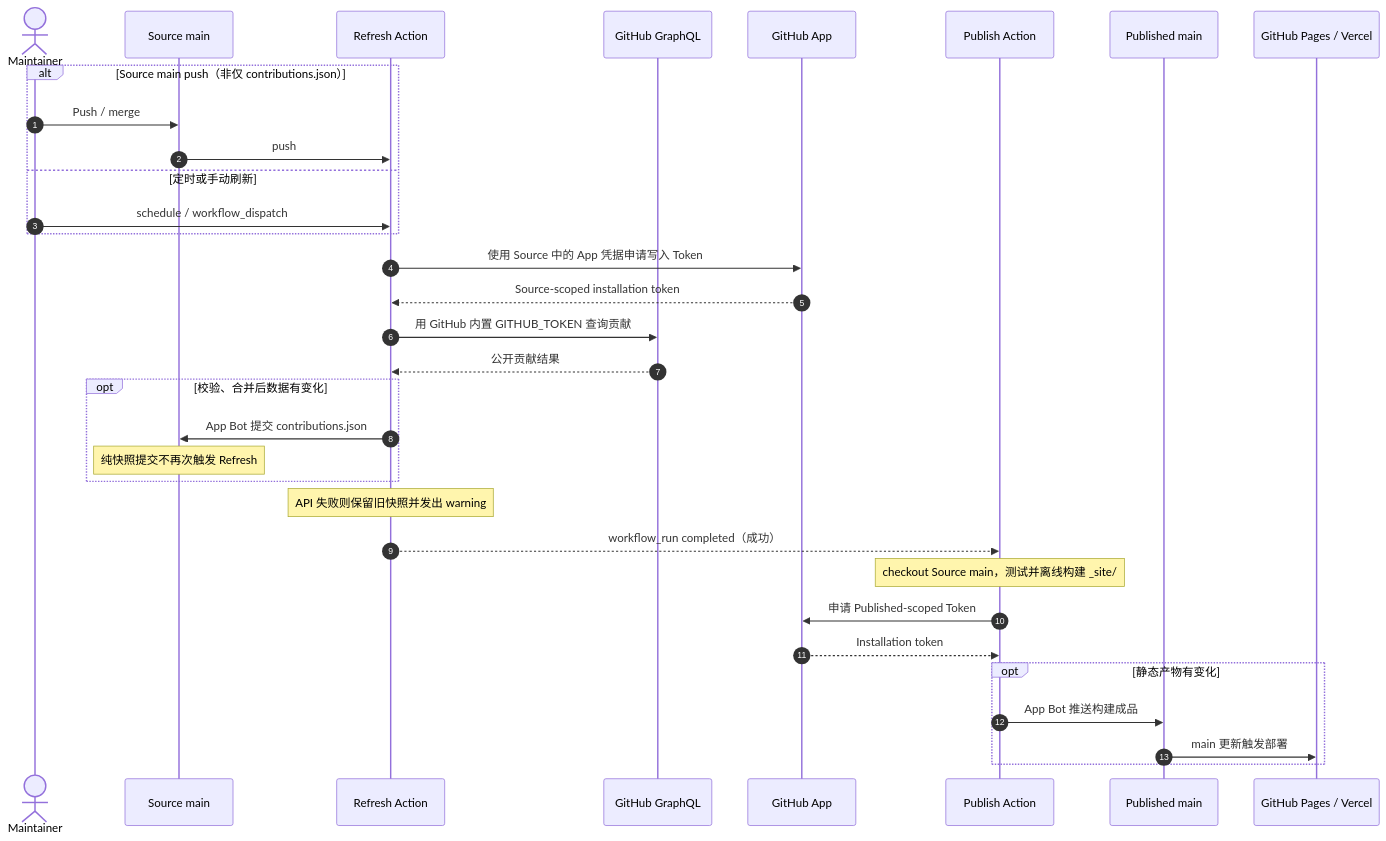
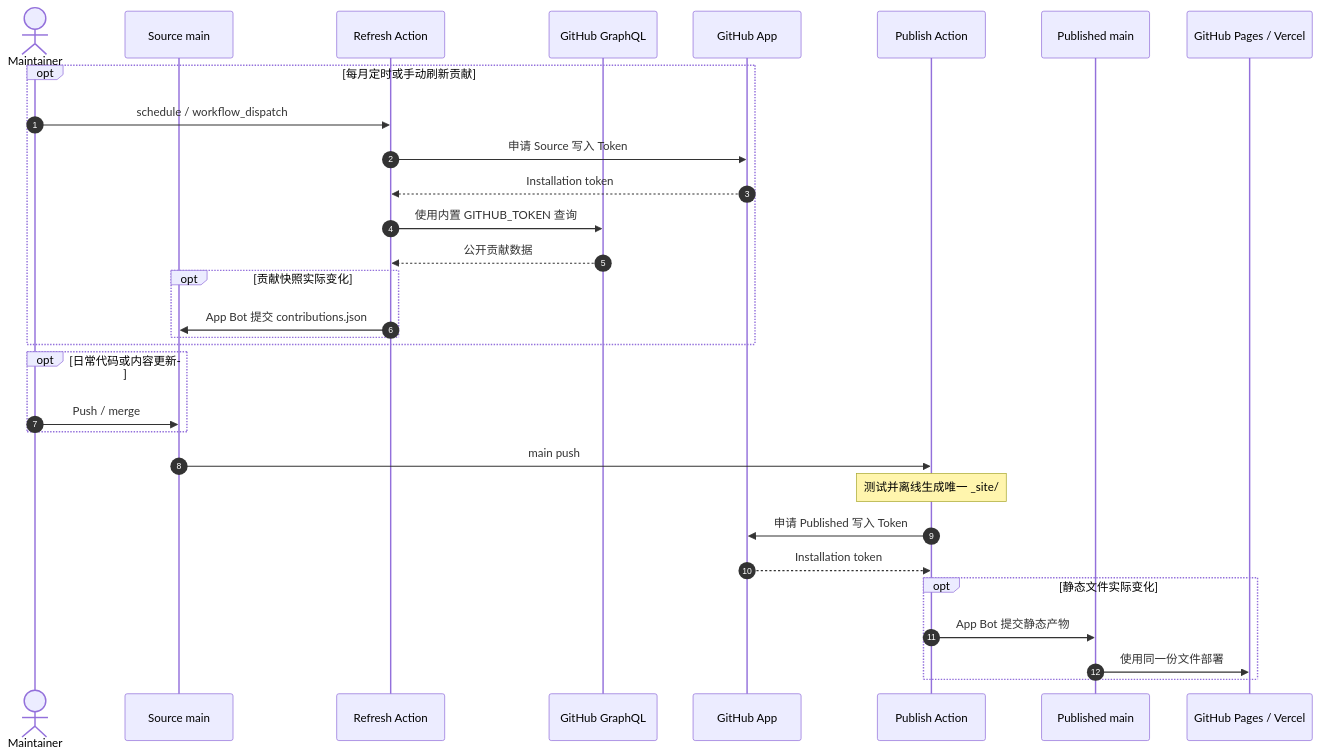
The diagram in README.md (FuTseYi/FuTseYi-Site), drawn with Mermaid before and after one commit. The commit also changed other lines of this file and 4 other files, not shown here.

First line of the commit message:
ci: decouple scheduled contributions from source publishing

````diff
--- a/README.md
+++ b/README.md
@@ -45,37 +45,34 @@
 ```mermaid
 sequenceDiagram
     autonumber
     actor Maintainer as Maintainer
     participant Source as Source main
     participant Refresh as Refresh Action
     participant API as GitHub GraphQL
     participant App as GitHub App
     participant Deploy as Publish Action
     participant Published as Published main
     participant Hosts as GitHub Pages / Vercel
 
-    alt Source main push（非仅 contributions.json）
+    opt 每月定时或手动刷新贡献
+        Maintainer->>Refresh: schedule / workflow_dispatch
+        Refresh->>App: 申请 Source 写入 Token
+        App-->>Refresh: Installation token
+        Refresh->>API: 使用内置 GITHUB_TOKEN 查询
+        API-->>Refresh: 公开贡献数据
+        opt 贡献快照实际变化
+            Refresh->>Source: App Bot 提交 contributions.json
+        end
+    end
+    opt 日常代码或内容更新
         Maintainer->>Source: Push / merge
-        Source->>Refresh: push
-    else 定时或手动刷新
-        Maintainer->>Refresh: schedule / workflow_dispatch
     end
-
-    Refresh->>App: 使用 Source 中的 App 凭据申请写入 Token
-    App-->>Refresh: Source-scoped installation token
-    Refresh->>API: 用 GitHub 内置 GITHUB_TOKEN 查询贡献
-    API-->>Refresh: 公开贡献结果
-    opt 校验、合并后数据有变化
-        Refresh->>Source: App Bot 提交 contributions.json
-        Note over Source: 纯快照提交不再次触发 Refresh
-    end
-    Note over Refresh: API 失败则保留旧快照并发出 warning
-    Refresh-->>Deploy: workflow_run completed（成功）
-    Note over Deploy: checkout Source main，测试并离线构建 _site/
-    Deploy->>App: 申请 Published-scoped Token
+    Source->>Deploy: main push
+    Note over Deploy: 测试并离线生成唯一 _site/
+    Deploy->>App: 申请 Published 写入 Token
     App-->>Deploy: Installation token
-    opt 静态产物有变化
-        Deploy->>Published: App Bot 推送构建成品
-        Published->>Hosts: main 更新触发部署
+    opt 静态文件实际变化
+        Deploy->>Published: App Bot 提交静态产物
+        Published->>Hosts: 使用同一份文件部署
     end
 ```
````
